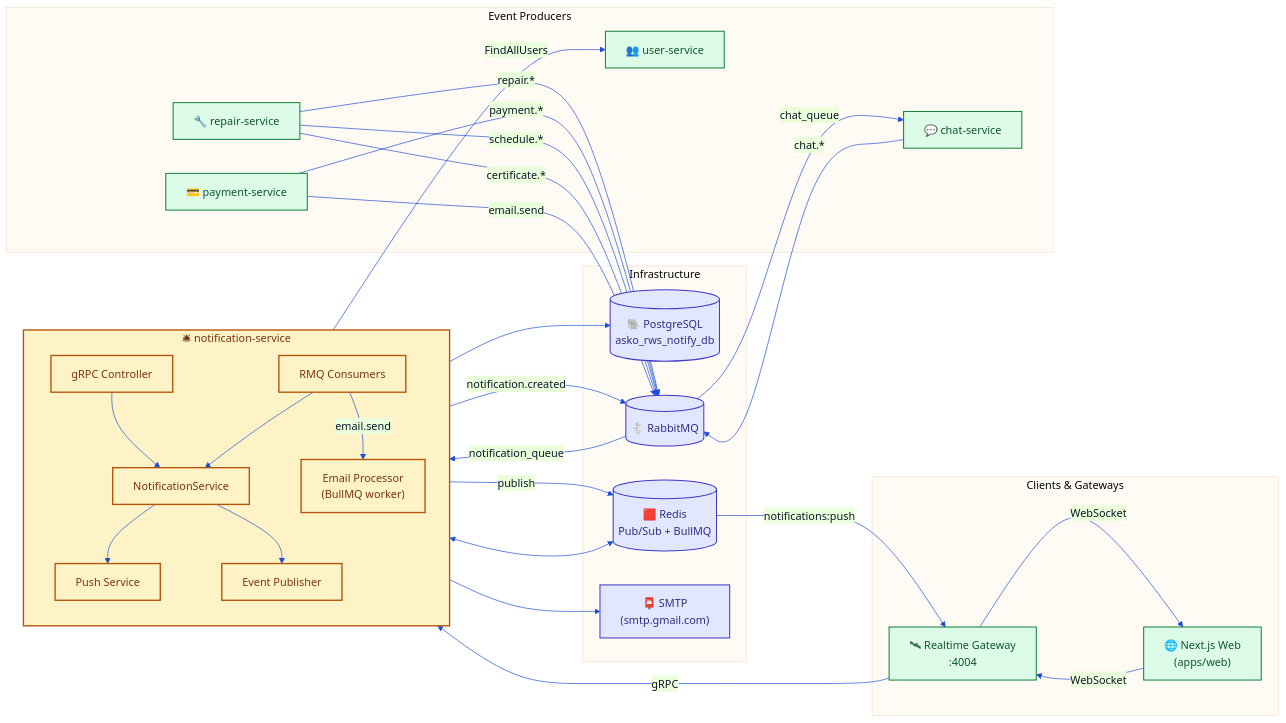
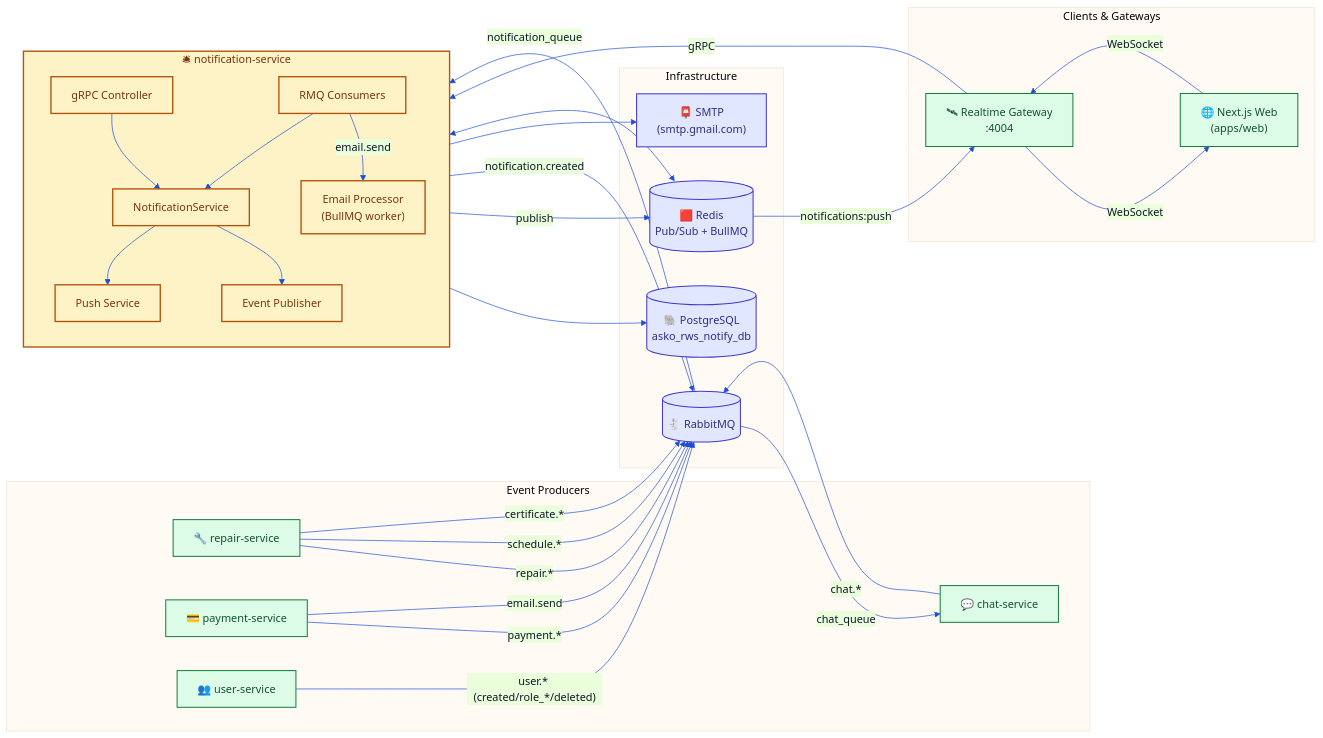
The second of 21 diagrams in apps/notification-service/README.md (yolona-oss/asko-rsw), drawn with Mermaid before and after one commit. The commit also changed other lines of this file and 37 other files, not shown here.

````diff
--- a/apps/notification-service/README.md
+++ b/apps/notification-service/README.md
@@ -96,70 +101,69 @@
 ```mermaid
 %%{init: {'theme':'base','themeVariables':{'primaryColor':'#dbeafe','primaryTextColor':'#0f172a','primaryBorderColor':'#1d4ed8','lineColor':'#1d4ed8','fontFamily':'Inter,ui-sans-serif'}}}%%
 flowchart LR
     subgraph Clients["Clients & Gateways"]
         WEB["🌐 Next.js Web<br/>(apps/web)"]
         RG["🛰 Realtime Gateway<br/>:4004"]
     end
 
     subgraph Producers["Event Producers"]
         RS["🔧 repair-service"]
         PS["💳 payment-service"]
         CS["💬 chat-service"]
         US["👥 user-service"]
     end
 
     subgraph NS["🛎 notification-service"]
         direction TB
         GRPC["gRPC Controller"]
         CONS["RMQ Consumers"]
         SVC["NotificationService"]
         PUB["Event Publisher"]
         PUSH["Push Service"]
         EMAIL["Email Processor<br/>(BullMQ worker)"]
     end
 
     subgraph Infra["Infrastructure"]
         PG[("🐘 PostgreSQL<br/>asko_rws_notify_db")]
         REDIS[("🟥 Redis<br/>Pub/Sub + BullMQ")]
         RMQ[("🐇 RabbitMQ")]
         SMTP["📮 SMTP<br/>(smtp.gmail.com)"]
     end
 
     WEB -- WebSocket --> RG
     RG -- gRPC --> GRPC
     GRPC --> SVC
 
     RS -- repair.* --> RMQ
     PS -- payment.* --> RMQ
     CS -- chat.* --> RMQ
     RS -- schedule.* --> RMQ
     RS -- certificate.* --> RMQ
+    US -- "user.* (created/role_*/deleted)" --> RMQ
     PS -- email.send --> RMQ
 
     RMQ -- notification_queue --> CONS
     CONS --> SVC
     CONS -- email.send --> EMAIL
 
     SVC --> PG
     SVC --> PUSH
     SVC --> PUB
 
     PUSH -- publish --> REDIS
     REDIS -- notifications:push --> RG
     RG -- WebSocket --> WEB
 
     PUB -- notification.created --> RMQ
     RMQ -- chat_queue --> CS
 
     EMAIL --> SMTP
     EMAIL <--> REDIS
 
-    CONS -- FindAllUsers --> US
-
     classDef svc fill:#fef3c7,stroke:#b45309,stroke-width:2px,color:#78350f;
     classDef infra fill:#e0e7ff,stroke:#4338ca,stroke-width:1.5px,color:#312e81;
     classDef ext fill:#dcfce7,stroke:#15803d,stroke-width:1.5px,color:#14532d;
     class NS,GRPC,CONS,SVC,PUB,PUSH,EMAIL svc;
     class PG,REDIS,RMQ,SMTP infra;
     class WEB,RG,RS,PS,CS,US ext;
 ```
````
